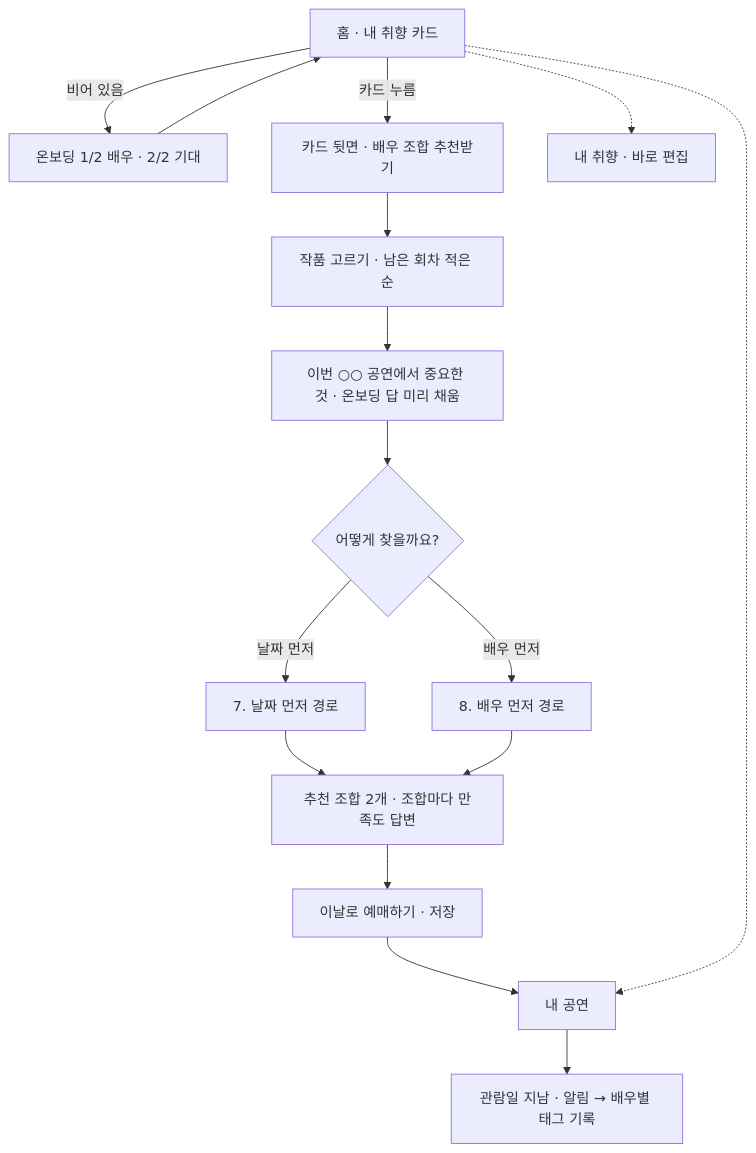
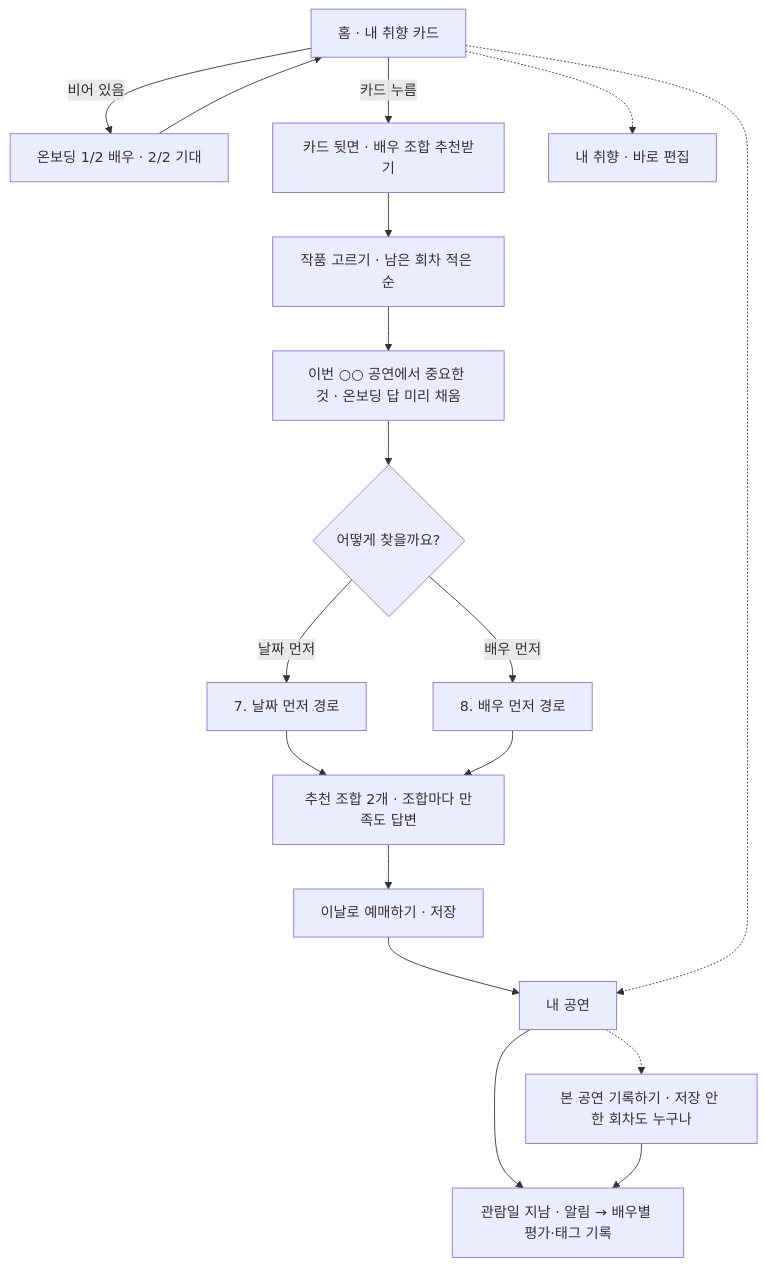
The first of 8 diagrams in docs/261027_2_MVP_사용자흐름.md (2ma1995/pickle-src), drawn with Mermaid before and after one commit. The commit also changed other lines of this file, not shown here.

First line of the commit message:
MVP 사용자 흐름 문서 v0.9 (문서만): 관람 후 배우별 평가·리뷰 태그 규칙·만족도 보완

````diff
--- a/docs/261027_2_MVP_사용자흐름.md
+++ b/docs/261027_2_MVP_사용자흐름.md
@@ -87,18 +103,20 @@
 ```mermaid
 flowchart TD
     HOME["홈 · 내 취향 카드"] -->|비어 있음| ONB["온보딩 1/2 배우 · 2/2 기대"]
     ONB --> HOME
     HOME -->|카드 누름| BACK["카드 뒷면 · 배우 조합 추천받기"]
     BACK --> WORK["작품 고르기 · 남은 회차 적은 순"]
     WORK --> WT["이번 ○○ 공연에서 중요한 것 · 온보딩 답 미리 채움"]
     WT --> MODE{"어떻게 찾을까요?"}
     MODE -->|날짜 먼저| DATE["7. 날짜 먼저 경로"]
     MODE -->|배우 먼저| ACTOR["8. 배우 먼저 경로"]
     DATE --> RESULT["추천 조합 2개 · 조합마다 만족도 답변"]
     ACTOR --> RESULT
     RESULT --> SAVE["이날로 예매하기 · 저장"]
     SAVE --> SHOWS["내 공연"]
-    SHOWS --> AFTER["관람일 지남 · 알림 → 배우별 태그 기록"]
+    SHOWS --> AFTER["관람일 지남 · 알림 → 배우별 평가·태그 기록"]
+    SHOWS -.-> LOG["본 공연 기록하기 · 저장 안 한 회차도 누구나"]
+    LOG --> AFTER
     HOME -.-> SHOWS
     HOME -.-> TASTE["내 취향 · 바로 편집"]
 ```
````
